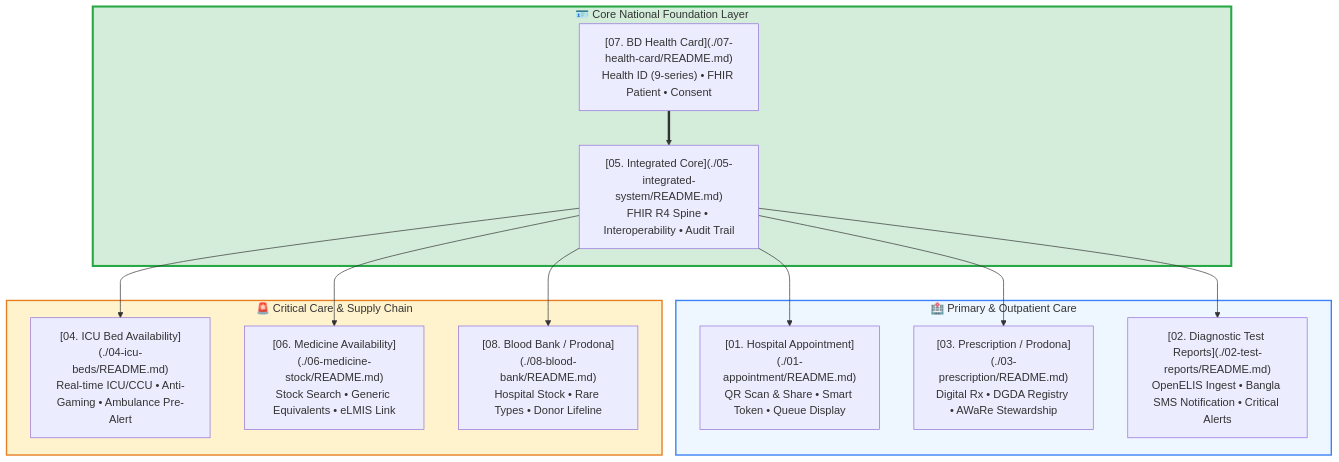
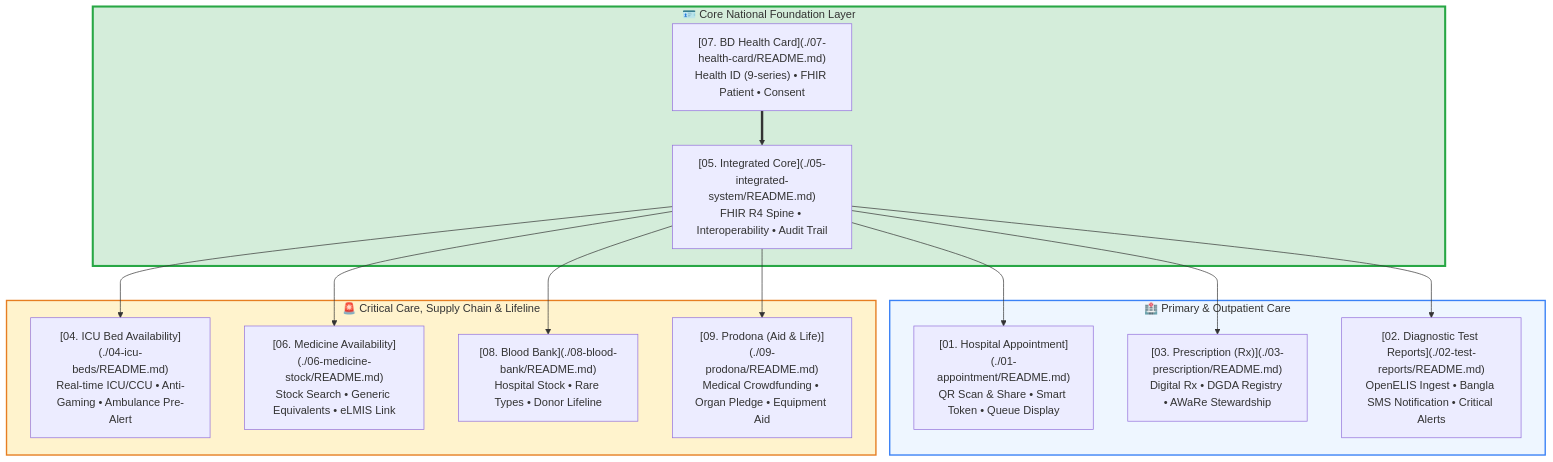
Before and after one commit to pbs002-s/astra-testing: the first of 3 diagrams in modules/README.md, drawn with Mermaid. The commit also changed other lines of this file and 4 other files, not shown here.

Commit message:
Add Prodona medical crowdfunding and organ donation lifeline module

````diff
--- a/modules/README.md
+++ b/modules/README.md
@@ -16,31 +16,33 @@
 ```mermaid
 flowchart TD
     subgraph SPINE["🪪 Core National Foundation Layer"]
         M07["[07. BD Health Card](./07-health-card/README.md)<br/>Health ID (9-series) • FHIR Patient • Consent"]
         M05["[05. Integrated Core](./05-integrated-system/README.md)<br/>FHIR R4 Spine • Interoperability • Audit Trail"]
     end
 
     subgraph CLINICAL["🏥 Primary & Outpatient Care"]
         M01["[01. Hospital Appointment](./01-appointment/README.md)<br/>QR Scan & Share • Smart Token • Queue Display"]
-        M03["[03. Prescription / Prodona](./03-prescription/README.md)<br/>Digital Rx • DGDA Registry • AWaRe Stewardship"]
+        M03["[03. Prescription (Rx)](./03-prescription/README.md)<br/>Digital Rx • DGDA Registry • AWaRe Stewardship"]
         M02["[02. Diagnostic Test Reports](./02-test-reports/README.md)<br/>OpenELIS Ingest • Bangla SMS Notification • Critical Alerts"]
     end
 
-    subgraph CRITICAL["🚨 Critical Care & Supply Chain"]
+    subgraph CRITICAL["🚨 Critical Care, Supply Chain & Lifeline"]
         M04["[04. ICU Bed Availability](./04-icu-beds/README.md)<br/>Real-time ICU/CCU • Anti-Gaming • Ambulance Pre-Alert"]
         M06["[06. Medicine Availability](./06-medicine-stock/README.md)<br/>Stock Search • Generic Equivalents • eLMIS Link"]
-        M08["[08. Blood Bank / Prodona](./08-blood-bank/README.md)<br/>Hospital Stock • Rare Types • Donor Lifeline"]
+        M08["[08. Blood Bank](./08-blood-bank/README.md)<br/>Hospital Stock • Rare Types • Donor Lifeline"]
+        M09["[09. Prodona (Aid & Life)](./09-prodona/README.md)<br/>Medical Crowdfunding • Organ Pledge • Equipment Aid"]
     end
 
     M07 ==> M05
     M05 --> M01
     M05 --> M02
     M05 --> M03
     M05 --> M04
     M05 --> M06
     M05 --> M08
+    M05 --> M09
 
     style SPINE fill:#d4edda,stroke:#28a745,stroke-width:3px
     style CLINICAL fill:#eef6ff,stroke:#3b82f6,stroke-width:2px
     style CRITICAL fill:#fff3cd,stroke:#e67e22,stroke-width:2px
 ```
````
